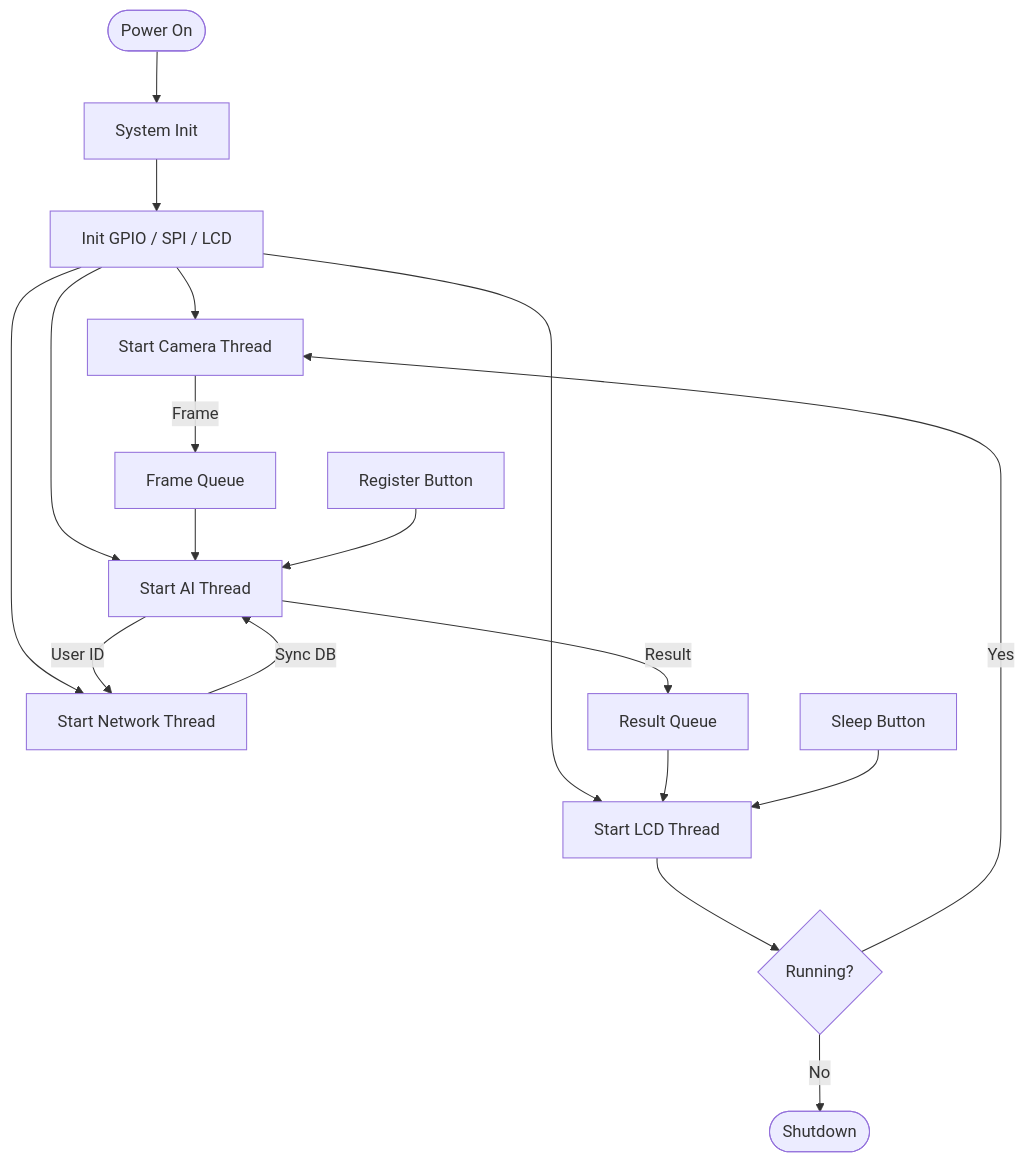
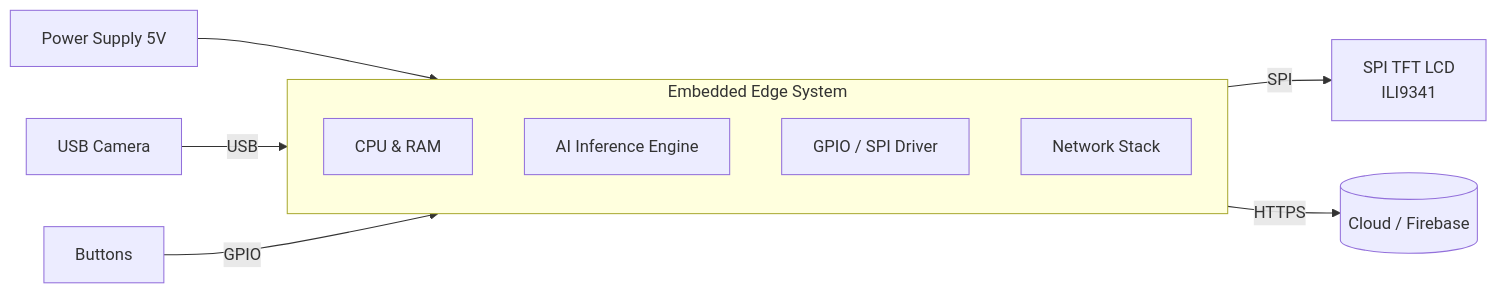
Before and after one commit to Phong74R5/DoAn2: the first of 3 diagrams in README.md, drawn with Mermaid. The commit also changed other lines of this file, not shown here.

````diff
--- a/README.md
+++ b/README.md
@@ -52,24 +160,18 @@
 ```mermaid
-flowchart TD
-    START([Power On]) --> INIT[System Init]
-    INIT --> HW[Init GPIO / SPI / LCD]
-    HW --> CAM[Start Camera Thread]
-    HW --> AI[Start AI Thread]
-    HW --> NET[Start Network Thread]
-    HW --> LCD[Start LCD Thread]
+flowchart LR
+    PWR[Power Supply 5V] --> RPI[Raspberry Pi SoC]
 
-    CAM -->|Frame| Q1[Frame Queue]
-    Q1 --> AI
-    AI -->|Result| Q2[Result Queue]
-    Q2 --> LCD
+    CAM[USB Camera] -->|USB| RPI
+    BTN[Buttons] -->|GPIO| RPI
 
-    AI -->|User ID| NET
-    NET -->|Sync DB| AI
+    RPI -->|SPI| LCD[SPI TFT LCD<br/>ILI9341]
 
-    BTN[Register Button] --> AI
-    BTN2[Sleep Button] --> LCD
+    RPI -->|HTTPS| CLOUD[(Cloud / Firebase)]
 
-    LCD --> LOOP{Running?}
-    LOOP -->|Yes| CAM
-    LOOP -->|No| STOP([Shutdown])
+    subgraph RPI[Embedded Edge System]
+        CPU[CPU & RAM]
+        AI[AI Inference Engine]
+        IO[GPIO / SPI Driver]
+        NET[Network Stack]
+    end
 ```
````
